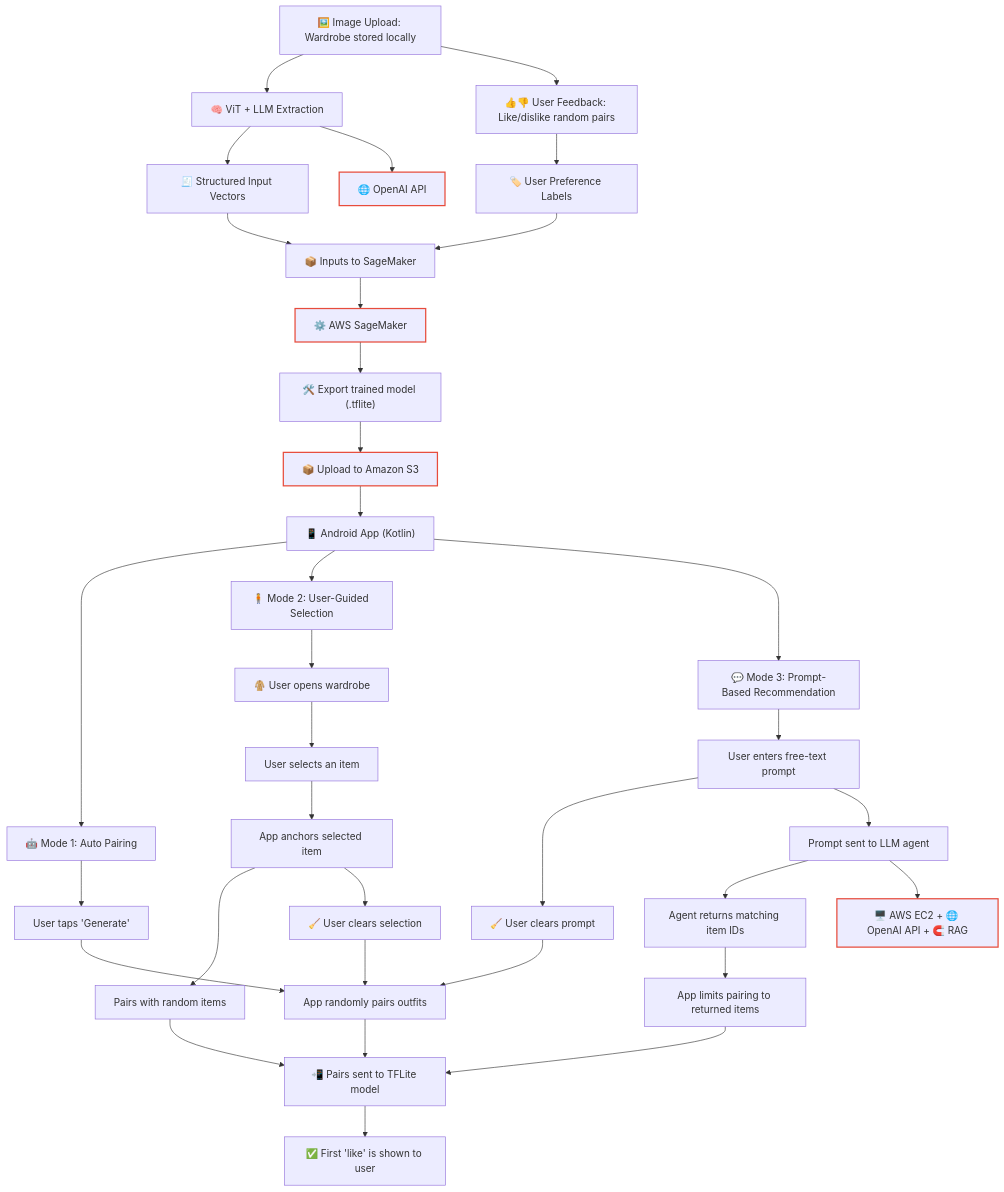
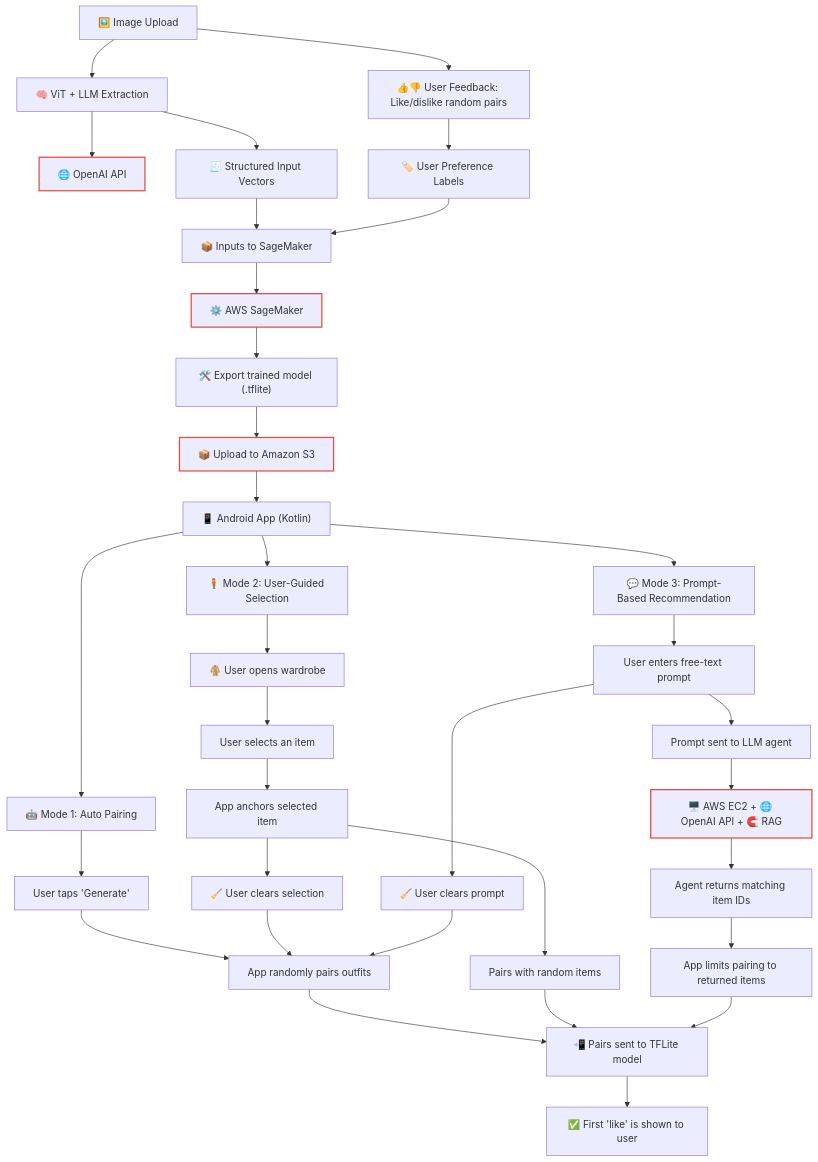
One commit to DressMe-AI/awesome-dressmeai changed the diagram in README.md. Above: the diagram before and after it, drawn with Mermaid.

````diff
--- a/README.md
+++ b/README.md
@@ -44,56 +44,54 @@
 ```mermaid
 flowchart TD
     %% Core pipeline
-    A["🖼️ Image Upload: Wardrobe stored locally"] --> B
+    A["🖼️ Image Upload"] --> B
     A --> C
+    B --> ext_openai
     B["🧠 ViT + LLM Extraction"] --> D
     C["👍👎 User Feedback: Like/dislike random pairs"] --> E
     D["🧾 Structured Input Vectors"] --> train_input
     E["🏷️ User Preference Labels"] --> train_input
     train_input["📦 Inputs to SageMaker"] --> sagemaker["⚙️ AWS SageMaker"]:::external
     sagemaker --> tflite_export["🛠️ Export trained model (.tflite)"]
     tflite_export --> S3_upload["📦 Upload to Amazon S3"]:::external
     S3_upload --> H_app["📱 Android App (Kotlin)"]
     H_app["📱 Android App (Kotlin)"] --> I1_start
     H_app --> I2_start
     H_app --> I3_start
 
     %% Mode 1
     I1_start["🤖 Mode 1: Auto Pairing"] --> I1_a["User taps 'Generate'"]
     I1_a --> I1_b["App randomly pairs outfits"]
     I1_b --> I_common
 
     %% Mode 2
     I2_start["🧍 Mode 2: User-Guided Selection"] --> I2_a["🧥 User opens wardrobe"]
     I2_a --> I2_access["User selects an item"]
     I2_access --> I2_b["App anchors selected item"]
     I2_b --> I2_c["Pairs with random items"]
     I2_b --> I2_fallback["🧹 User clears selection"]
     I2_fallback --> I1_b
     I2_c --> I_common
 
     %% Mode 3
     I3_start["💬 Mode 3: Prompt-Based Recommendation"] --> I3_a["User enters free-text prompt"]
     I3_a --> I3_fallback["🧹 User clears prompt"]
     I3_fallback --> I1_b
     I3_a --> I3_b["Prompt sent to LLM agent"]
-    I3_b --> I3_c["Agent returns matching item IDs"]
+    I3_b --> ext_ec2
+    ext_ec2 --> I3_c["Agent returns matching item IDs"]
     I3_c --> I3_d["App limits pairing to returned items"]
     I3_d --> I_common
 
     %% Shared DL inference
     I_common["📲 Pairs sent to TFLite model"] --> I_final["✅ First 'like' is shown to user"]
 
     %% External systems as side nodes
     ext_openai["🌐 OpenAI API"]:::external
     ext_ec2["🖥️ AWS EC2 + 🌐 OpenAI API + 🧲 RAG"]:::external
 
-    %% Arrows to external systems
-    B --> ext_openai
-    I3_b --> ext_ec2
-
     %% Styling for external nodes
     classDef external stroke:#e74c3c,stroke-width:2px;
     class S3_upload,sagemaker external;
 
 ```
````
